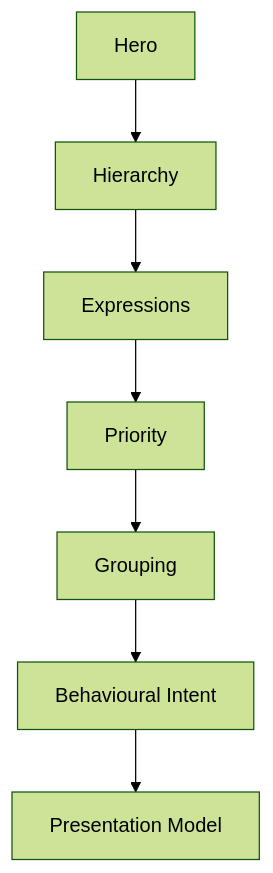
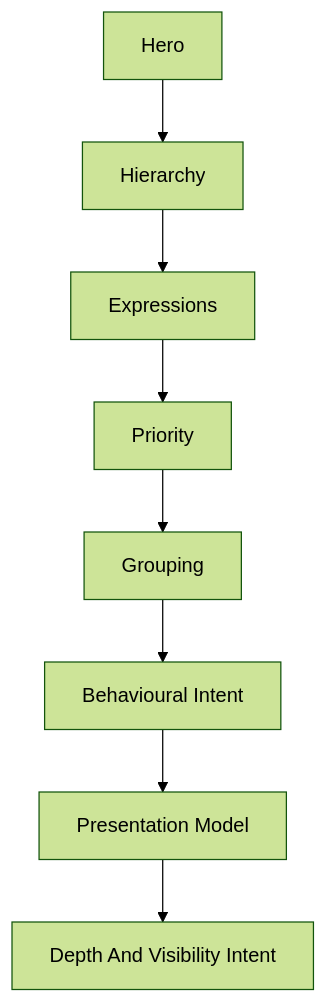
The fourth of 12 diagrams in docs/design/system/mds-006-composition-engine/03-composition-solver.md (mosaic-media/mosaic-architecture), drawn with Mermaid (forest theme) before and after one commit. The commit also changed other lines of this file and 5 other files, not shown here.

````diff
--- a/docs/design/system/mds-006-composition-engine/03-composition-solver.md
+++ b/docs/design/system/mds-006-composition-engine/03-composition-solver.md
@@ -147,18 +147,20 @@
 ```mermaid
 flowchart TD
 
 N1["Hero"]
 N2["Hierarchy"]
 N3["Expressions"]
 N4["Priority"]
 N5["Grouping"]
 N6["Behavioural Intent"]
 N7["Presentation Model"]
+N8["Depth And Visibility Intent"]
 
 N1 --> N2
 N2 --> N3
 N3 --> N4
 N4 --> N5
 N5 --> N6
 N6 --> N7
+N7 --> N8
 ```
````
